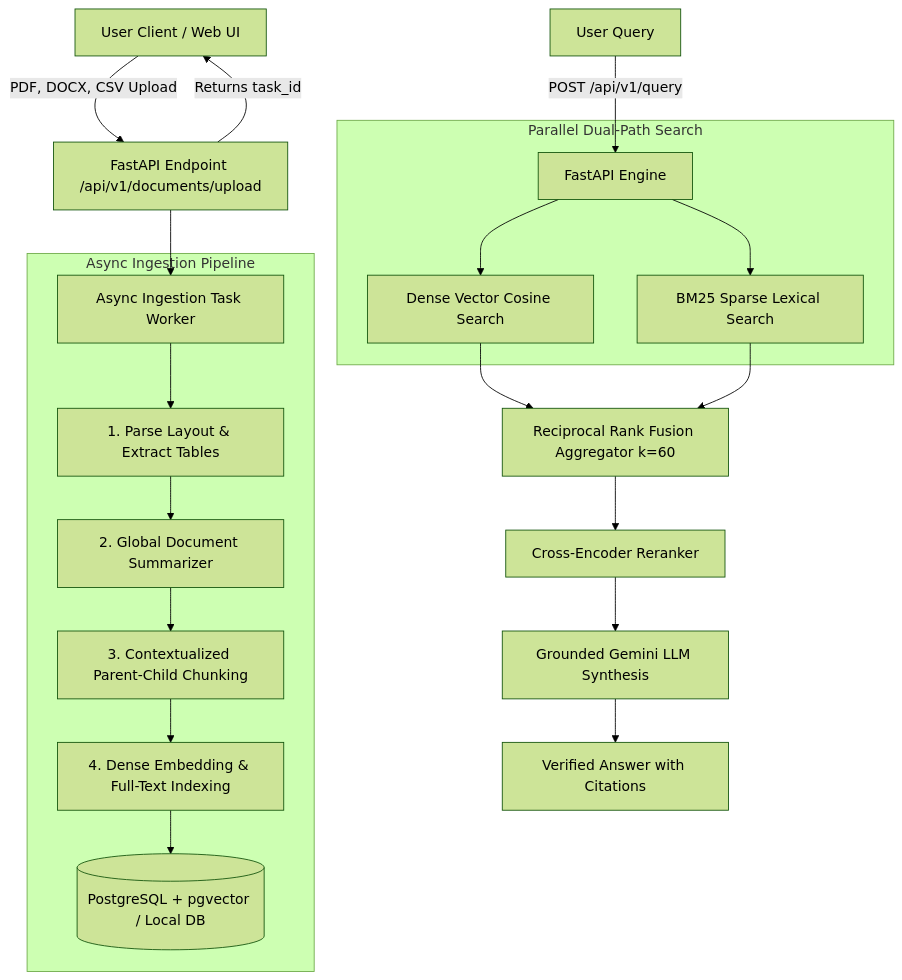
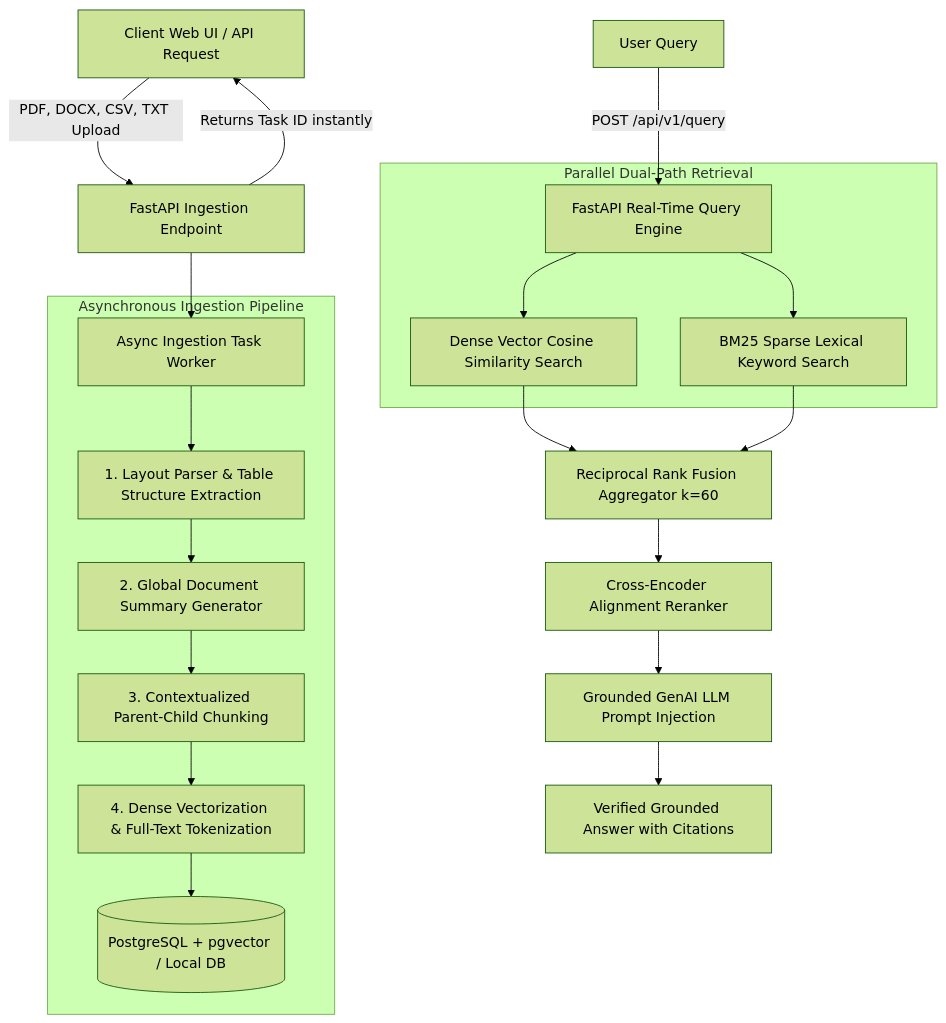
The diagram in README.md (ameydongre10/Enterprise-Multi-Vector-Hybrid-RAG-Search-Engine), drawn with Mermaid (forest theme) before and after one commit. The commit also changed other lines of this file, not shown here.

````diff
--- a/README.md
+++ b/README.md
@@ -50,27 +55,27 @@
 ```mermaid
 graph TD
-    A[User Client / Web UI] -->|PDF, DOCX, CSV Upload| B[FastAPI Endpoint /api/v1/documents/upload]
-    B -->|Returns task_id| A
+    A[Client Web UI / API Request] -->|PDF, DOCX, CSV, TXT Upload| B[FastAPI Ingestion Endpoint]
+    B -->|Returns Task ID instantly| A
     B --> C[Async Ingestion Task Worker]
     
-    subgraph Async Ingestion Pipeline
-        C --> D[1. Parse Layout & Extract Tables]
-        D --> E[2. Global Document Summarizer]
+    subgraph Asynchronous Ingestion Pipeline
+        C --> D[1. Layout Parser & Table Structure Extraction]
+        D --> E[2. Global Document Summary Generator]
         E --> F[3. Contextualized Parent-Child Chunking]
-        F --> G[4. Dense Embedding & Full-Text Indexing]
+        F --> G[4. Dense Vectorization & Full-Text Tokenization]
         G --> H[(PostgreSQL + pgvector / Local DB)]
     end
 
-    I[User Query] -->|POST /api/v1/query| J[FastAPI Engine]
+    I[User Query] -->|POST /api/v1/query| J[FastAPI Real-Time Query Engine]
     
-    subgraph Parallel Dual-Path Search
-        J --> K[Dense Vector Cosine Search]
-        J --> L[BM25 Sparse Lexical Search]
+    subgraph Parallel Dual-Path Retrieval
+        J --> K[Dense Vector Cosine Similarity Search]
+        J --> L[BM25 Sparse Lexical Keyword Search]
     end
 
     K --> M[Reciprocal Rank Fusion Aggregator k=60]
     L --> M
-    M --> N[Cross-Encoder Reranker]
-    N --> O[Grounded Gemini LLM Synthesis]
-    O --> P[Verified Answer with Citations]
+    M --> N[Cross-Encoder Alignment Reranker]
+    N --> O[Grounded GenAI LLM Prompt Injection]
+    O --> P[Verified Grounded Answer with Citations]
 ```
````
